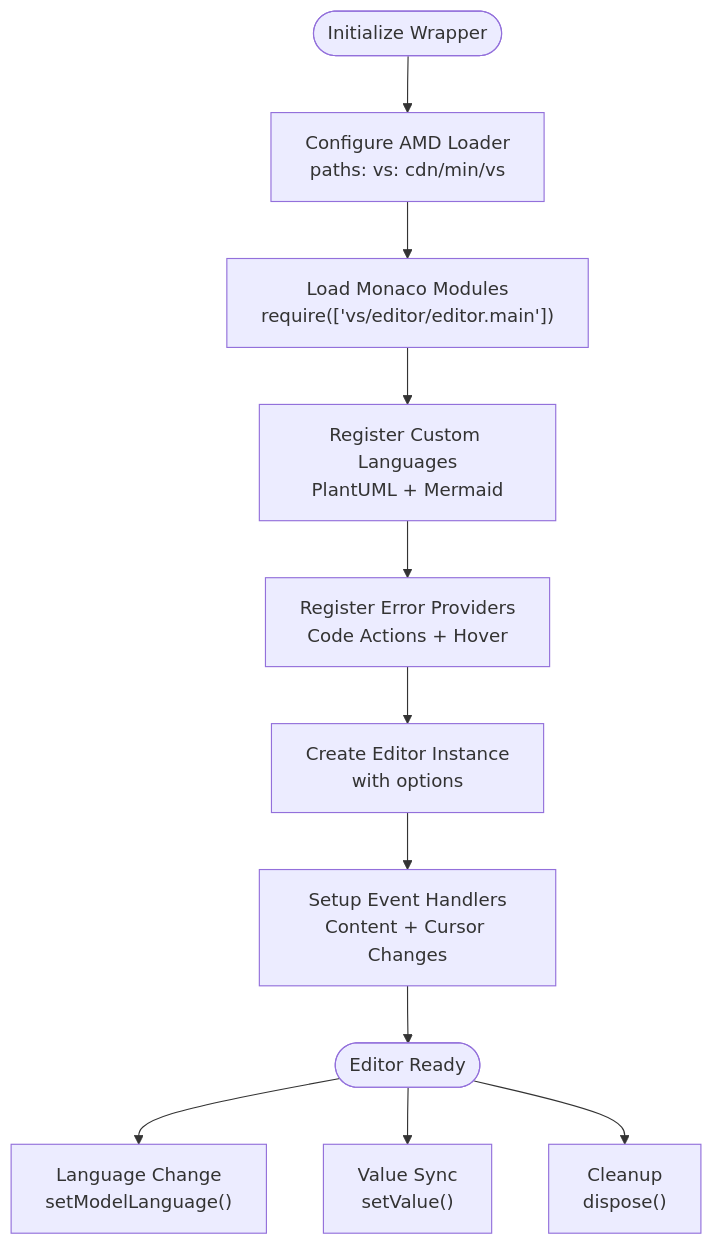
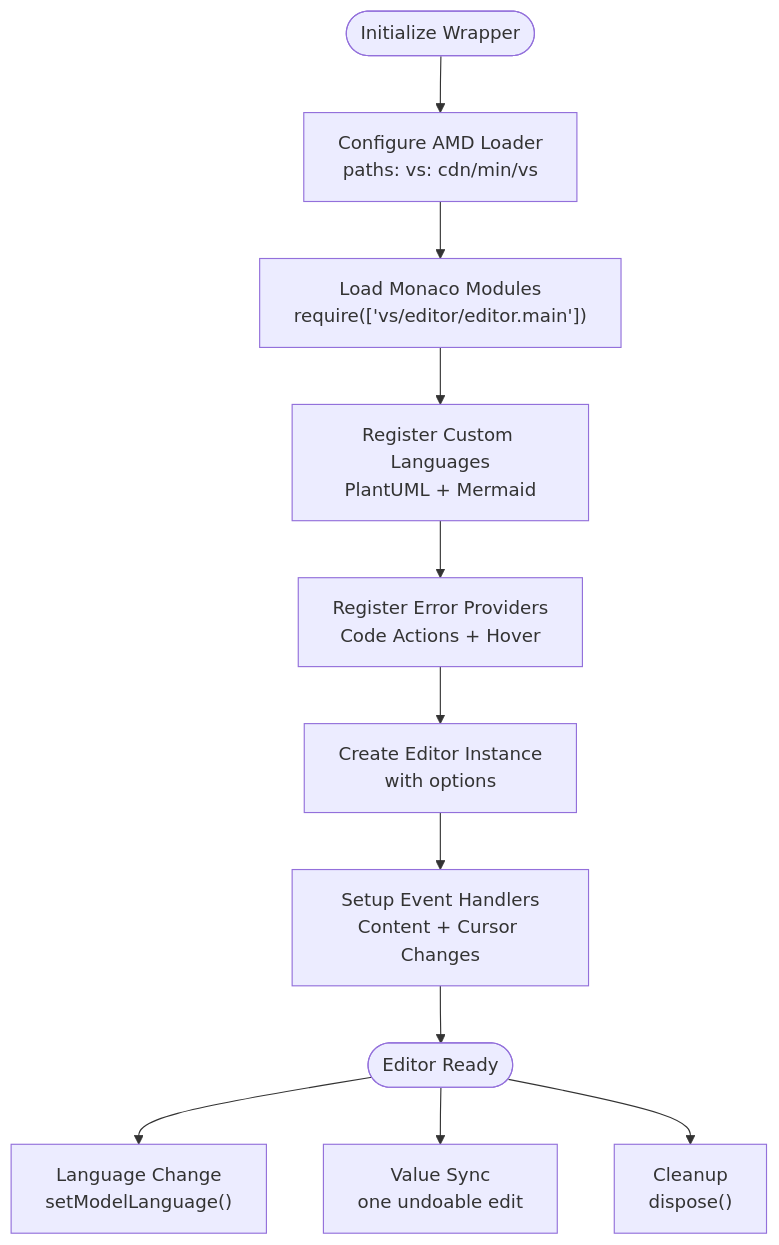
Before and after one commit to ongchonghian/universal-diagram-editor: the third of 4 diagrams in .qoder/repowiki/en/content/Editor Architecture/Monaco Editor Integration.md, drawn with Mermaid. The commit also changed other lines of this file and 12 other files, not shown here.

````diff
--- a/.qoder/repowiki/en/content/Editor Architecture/Monaco Editor Integration.md
+++ b/.qoder/repowiki/en/content/Editor Architecture/Monaco Editor Integration.md
@@ -223,13 +223,13 @@
 ```mermaid
 flowchart TD
 Start([Initialize Wrapper]) --> ConfigAMD["Configure AMD Loader<br/>paths: vs: cdn/min/vs"]
 ConfigAMD --> LoadMonaco["Load Monaco Modules<br/>require(['vs/editor/editor.main'])"]
 LoadMonaco --> RegisterLangs["Register Custom Languages<br/>PlantUML + Mermaid"]
 RegisterLangs --> RegisterProviders["Register Error Providers<br/>Code Actions + Hover"]
 RegisterProviders --> CreateEditor["Create Editor Instance<br/>with options"]
 CreateEditor --> SetupEvents["Setup Event Handlers<br/>Content + Cursor Changes"]
 SetupEvents --> Ready([Editor Ready])
 Ready --> UpdateLang["Language Change<br/>setModelLanguage()"]
-Ready --> SyncValue["Value Sync<br/>setValue()"]
+Ready --> SyncValue["Value Sync<br/>one undoable edit"]
 Ready --> Cleanup["Cleanup<br/>dispose()"]
 ```
````
